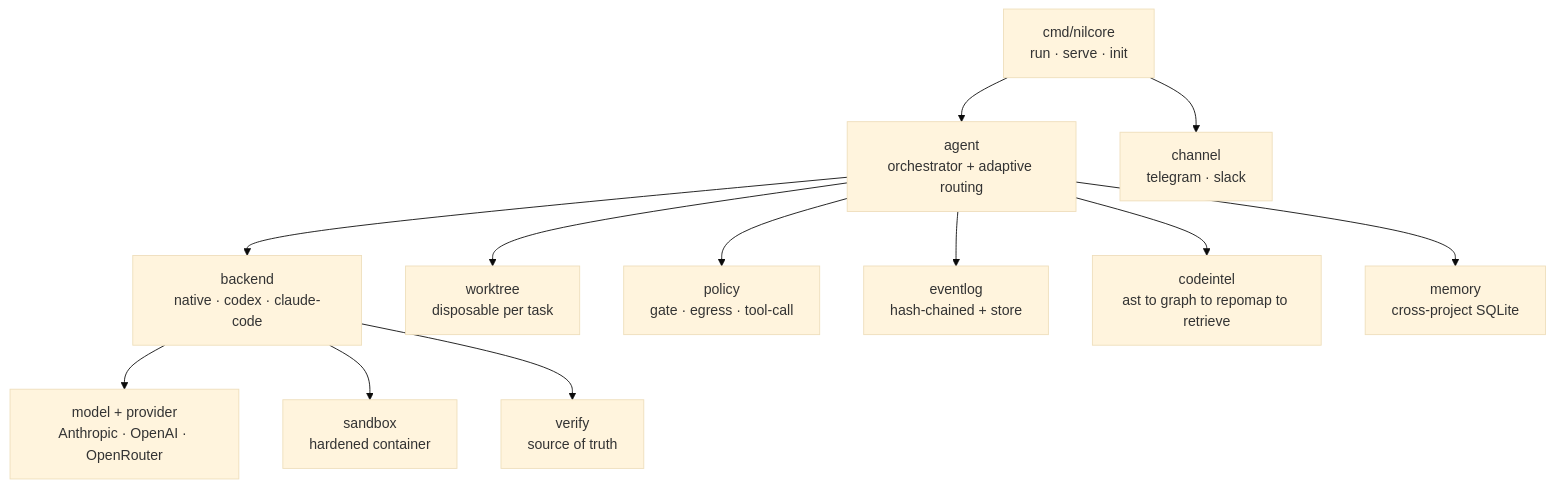
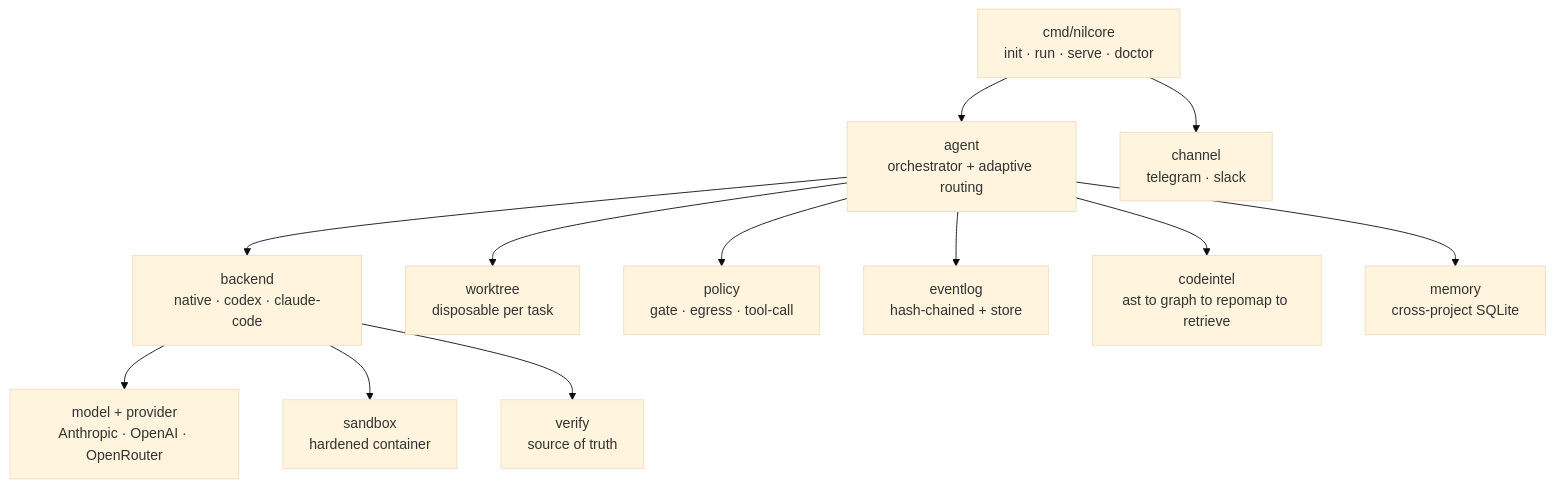
One commit to RNT56/NilCore changed the second of 2 diagrams in README.md. Above: the diagram before and after it, drawn with Mermaid (base theme). The commit also changed other lines of this file and 10 other files, not shown here.

````diff
--- a/README.md
+++ b/README.md
@@ -174,14 +178,14 @@
 ```mermaid
 flowchart TD
-    CLI[cmd/nilcore<br/>run · serve · init] --> AGENT[agent<br/>orchestrator + adaptive routing]
+    CLI[cmd/nilcore<br/>init · run · serve · doctor] --> AGENT[agent<br/>orchestrator + adaptive routing]
     AGENT --> BK[backend<br/>native · codex · claude-code]
     AGENT --> WT[worktree<br/>disposable per task]
     BK --> MODEL[model + provider<br/>Anthropic · OpenAI · OpenRouter]
     BK --> SANDBOX[sandbox<br/>hardened container]
     BK --> VERIFY[verify<br/>source of truth]
     AGENT --> POLICY[policy<br/>gate · egress · tool-call]
     AGENT --> LOG[eventlog<br/>hash-chained + store]
     AGENT --> CI[codeintel<br/>ast to graph to repomap to retrieve]
     AGENT --> MEM[memory<br/>cross-project SQLite]
     CLI --> CHAN[channel<br/>telegram · slack]
 ```
````
